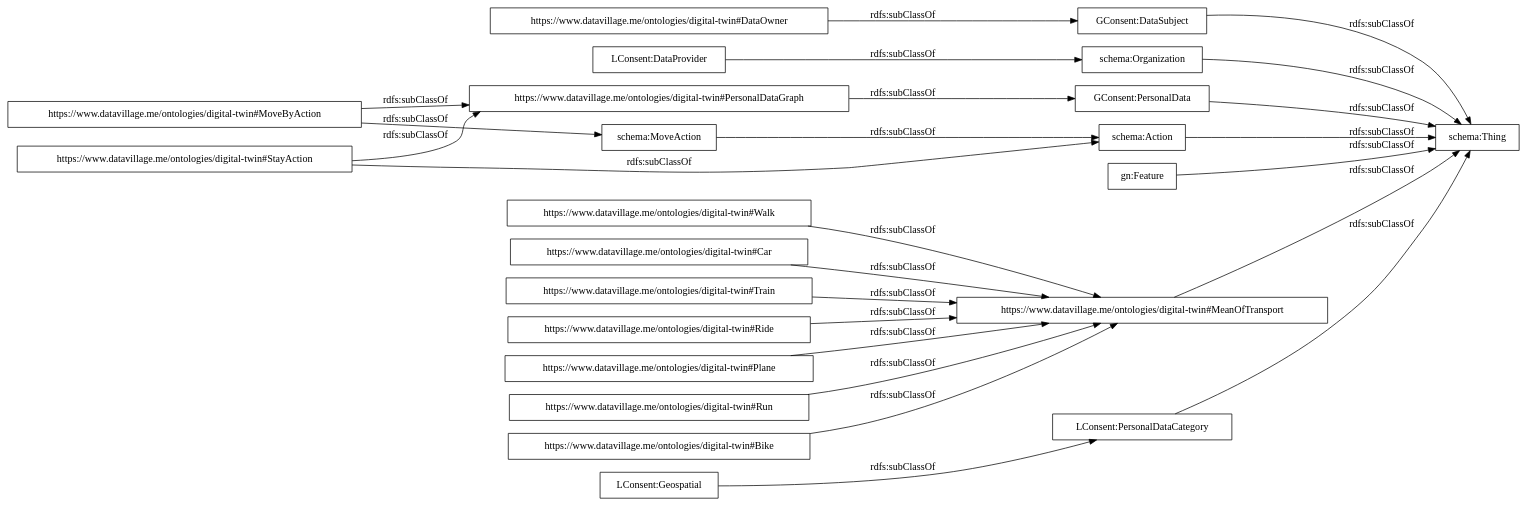
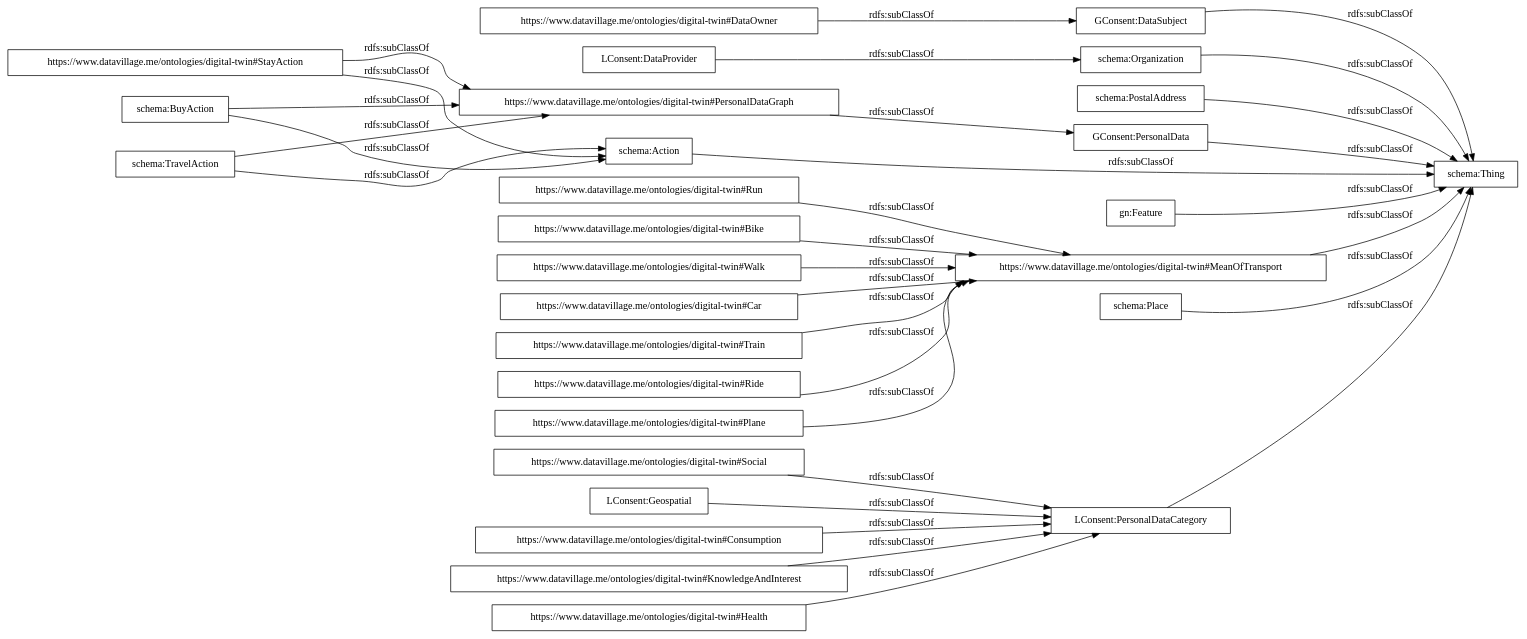
Before and after one commit to datavillage-me/ontologies: the diagram in OnToology/digital-twin/ontology.owl/diagrams/ar2dtool-taxonomy/ontology.owl.png.dot, drawn with Graphviz. The commit also changed 13 other files, not shown here.

```diff
--- a/OnToology/digital-twin/ontology.owl/diagrams/ar2dtool-taxonomy/ontology.owl.png.dot
+++ b/OnToology/digital-twin/ontology.owl/diagrams/ar2dtool-taxonomy/ontology.owl.png.dot
@@ -1,29 +1,36 @@
 digraph ar2dtool_diagram { 
 rankdir=LR;
 size="1000"
-node [shape = rectangle, color="black"]; "https://www.datavillage.me/ontologies/digital-twin#StayAction" "GConsent:DataSubject" "https://www.datavillage.me/ontologies/digital-twin#MoveByAction" "https://www.datavillage.me/ontologies/digital-twin#Plane" "https://www.datavillage.me/ontologies/digital-twin#Run" "https://www.datavillage.me/ontologies/digital-twin#Bike" "https://www.datavillage.me/ontologies/digital-twin#Walk" "schema:MoveAction" "schema:Organization" "schema:Action" "LConsent:DataProvider" "https://www.datavillage.me/ontologies/digital-twin#Car" "schema:Thing" "https://www.datavillage.me/ontologies/digital-twin#Train" "https://www.datavillage.me/ontologies/digital-twin#Ride" "GConsent:PersonalData" "gn:Feature" "https://www.datavillage.me/ontologies/digital-twin#MeanOfTransport" "https://www.datavillage.me/ontologies/digital-twin#PersonalDataGraph" "https://www.datavillage.me/ontologies/digital-twin#DataOwner" "LConsent:Geospatial" "LConsent:PersonalDataCategory" ; /*classes style*/
+node [shape = rectangle, color="black"]; "schema:BuyAction" "https://www.datavillage.me/ontologies/digital-twin#StayAction" "GConsent:DataSubject" "https://www.datavillage.me/ontologies/digital-twin#KnowledgeAndInterest" "https://www.datavillage.me/ontologies/digital-twin#Plane" "https://www.datavillage.me/ontologies/digital-twin#Run" "https://www.datavillage.me/ontologies/digital-twin#Health" "https://www.datavillage.me/ontologies/digital-twin#Bike" "https://www.datavillage.me/ontologies/digital-twin#Walk" "schema:Organization" "schema:PostalAddress" "schema:Action" "LConsent:DataProvider" "https://www.datavillage.me/ontologies/digital-twin#Car" "schema:Thing" "https://www.datavillage.me/ontologies/digital-twin#Train" "https://www.datavillage.me/ontologies/digital-twin#Ride" "GConsent:PersonalData" "gn:Feature" "https://www.datavillage.me/ontologies/digital-twin#Social" "https://www.datavillage.me/ontologies/digital-twin#MeanOfTransport" "https://www.datavillage.me/ontologies/digital-twin#PersonalDataGraph" "https://www.datavillage.me/ontologies/digital-twin#DataOwner" "LConsent:Geospatial" "schema:Place" "https://www.datavillage.me/ontologies/digital-twin#Consumption" "LConsent:PersonalDataCategory" "schema:TravelAction" ; /*classes style*/
 	"https://www.datavillage.me/ontologies/digital-twin#Walk" -> "https://www.datavillage.me/ontologies/digital-twin#MeanOfTransport" [ label = "rdfs:subClassOf" ];
 	"LConsent:Geospatial" -> "LConsent:PersonalDataCategory" [ label = "rdfs:subClassOf" ];
 	"LConsent:PersonalDataCategory" -> "schema:Thing" [ label = "rdfs:subClassOf" ];
 	"gn:Feature" -> "schema:Thing" [ label = "rdfs:subClassOf" ];
+	"https://www.datavillage.me/ontologies/digital-twin#KnowledgeAndInterest" -> "LConsent:PersonalDataCategory" [ label = "rdfs:subClassOf" ];
+	"LConsent:DataProvider" -> "schema:Organization" [ label = "rdfs:subClassOf" ];
 	"schema:Action" -> "schema:Thing" [ label = "rdfs:subClassOf" ];
 	"https://www.datavillage.me/ontologies/digital-twin#Plane" -> "https://www.datavillage.me/ontologies/digital-twin#MeanOfTransport" [ label = "rdfs:subClassOf" ];
 	"https://www.datavillage.me/ontologies/digital-twin#Run" -> "https://www.datavillage.me/ontologies/digital-twin#MeanOfTransport" [ label = "rdfs:subClassOf" ];
 	"https://www.datavillage.me/ontologies/digital-twin#DataOwner" -> "GConsent:DataSubject" [ label = "rdfs:subClassOf" ];
 	"https://www.datavillage.me/ontologies/digital-twin#Ride" -> "https://www.datavillage.me/ontologies/digital-twin#MeanOfTransport" [ label = "rdfs:subClassOf" ];
-	"LConsent:DataProvider" -> "schema:Organization" [ label = "rdfs:subClassOf" ];
-	"schema:MoveAction" -> "schema:Action" [ label = "rdfs:subClassOf" ];
-	"https://www.datavillage.me/ontologies/digital-twin#MoveByAction" -> "https://www.datavillage.me/ontologies/digital-twin#PersonalDataGraph" [ label = "rdfs:subClassOf" ];
-	"https://www.datavillage.me/ontologies/digital-twin#MoveByAction" -> "schema:MoveAction" [ label = "rdfs:subClassOf" ];
+	"https://www.datavillage.me/ontologies/digital-twin#Social" -> "LConsent:PersonalDataCategory" [ label = "rdfs:subClassOf" ];
+	"schema:BuyAction" -> "https://www.datavillage.me/ontologies/digital-twin#PersonalDataGraph" [ label = "rdfs:subClassOf" ];
+	"schema:BuyAction" -> "schema:Action" [ label = "rdfs:subClassOf" ];
+	"https://www.datavillage.me/ontologies/digital-twin#Consumption" -> "LConsent:PersonalDataCategory" [ label = "rdfs:subClassOf" ];
+	"schema:PostalAddress" -> "schema:Thing" [ label = "rdfs:subClassOf" ];
 	"https://www.datavillage.me/ontologies/digital-twin#StayAction" -> "https://www.datavillage.me/ontologies/digital-twin#PersonalDataGraph" [ label = "rdfs:subClassOf" ];
 	"https://www.datavillage.me/ontologies/digital-twin#StayAction" -> "schema:Action" [ label = "rdfs:subClassOf" ];
 	"schema:Organization" -> "schema:Thing" [ label = "rdfs:subClassOf" ];
 	"https://www.datavillage.me/ontologies/digital-twin#MeanOfTransport" -> "schema:Thing" [ label = "rdfs:subClassOf" ];
+	"https://www.datavillage.me/ontologies/digital-twin#Car" -> "https://www.datavillage.me/ontologies/digital-twin#MeanOfTransport" [ label = "rdfs:subClassOf" ];
 	"https://www.datavillage.me/ontologies/digital-twin#PersonalDataGraph" -> "GConsent:PersonalData" [ label = "rdfs:subClassOf" ];
-	"https://www.datavillage.me/ontologies/digital-twin#Car" -> "https://www.datavillage.me/ontologies/digital-twin#MeanOfTransport" [ label = "rdfs:subClassOf" ];
+	"schema:TravelAction" -> "https://www.datavillage.me/ontologies/digital-twin#PersonalDataGraph" [ label = "rdfs:subClassOf" ];
+	"schema:TravelAction" -> "schema:Action" [ label = "rdfs:subClassOf" ];
+	"https://www.datavillage.me/ontologies/digital-twin#Health" -> "LConsent:PersonalDataCategory" [ label = "rdfs:subClassOf" ];
 	"GConsent:PersonalData" -> "schema:Thing" [ label = "rdfs:subClassOf" ];
 	"GConsent:DataSubject" -> "schema:Thing" [ label = "rdfs:subClassOf" ];
 	"https://www.datavillage.me/ontologies/digital-twin#Bike" -> "https://www.datavillage.me/ontologies/digital-twin#MeanOfTransport" [ label = "rdfs:subClassOf" ];
 	"https://www.datavillage.me/ontologies/digital-twin#Train" -> "https://www.datavillage.me/ontologies/digital-twin#MeanOfTransport" [ label = "rdfs:subClassOf" ];
+	"schema:Place" -> "schema:Thing" [ label = "rdfs:subClassOf" ];
 
 }
```
